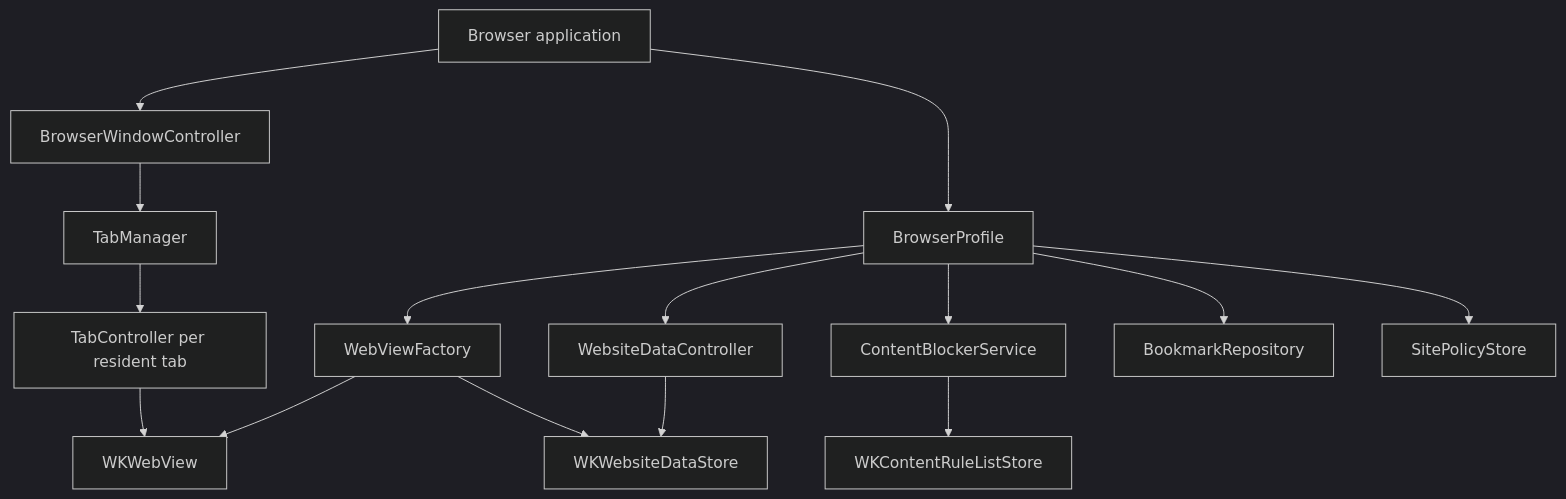
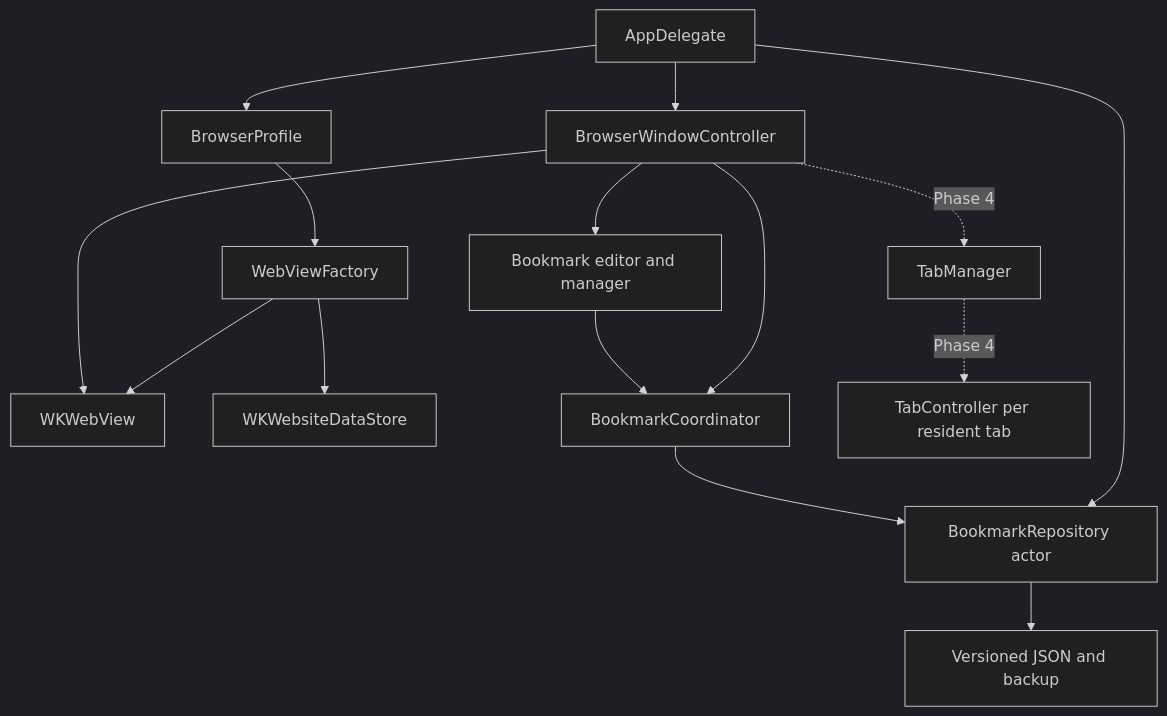
Before and after one commit to utpalchakraborty/browser: the diagram in docs/architecture.md, drawn with Mermaid (dark theme). The commit also changed other lines of this file and 20 other files, not shown here.

```diff
--- a/docs/architecture.md
+++ b/docs/architecture.md
@@ -97,19 +98,19 @@
 ~~~mermaid
 flowchart TD
-    App[Browser application] --> Window[BrowserWindowController]
-    Window --> Tabs[TabManager]
-    Tabs --> Tab[TabController per resident tab]
-    Tab --> Web[WKWebView]
-
+    App[AppDelegate] --> Window[BrowserWindowController]
     App --> Profile[BrowserProfile]
     Profile --> Factory[WebViewFactory]
-    Profile --> Data[WebsiteDataController]
-    Profile --> Blocking[ContentBlockerService]
-    Profile --> Bookmarks[BookmarkRepository]
-    Profile --> Policies[SitePolicyStore]
+    Factory --> Web[WKWebView]
+    Factory --> Store[WKWebsiteDataStore]
+    Window --> Web
 
-    Factory --> Web
-    Factory --> Store[WKWebsiteDataStore]
-    Blocking --> Rules[WKContentRuleListStore]
-    Data --> Store
+    App --> Repository[BookmarkRepository actor]
+    Window --> Coordinator[BookmarkCoordinator]
+    Window --> BookmarkUI[Bookmark editor and manager]
+    BookmarkUI --> Coordinator
+    Coordinator --> Repository
+    Repository --> Files[Versioned JSON and backup]
+
+    Window -. Phase 4 .-> Tabs[TabManager]
+    Tabs -. Phase 4 .-> Tab[TabController per resident tab]
 ~~~
```
